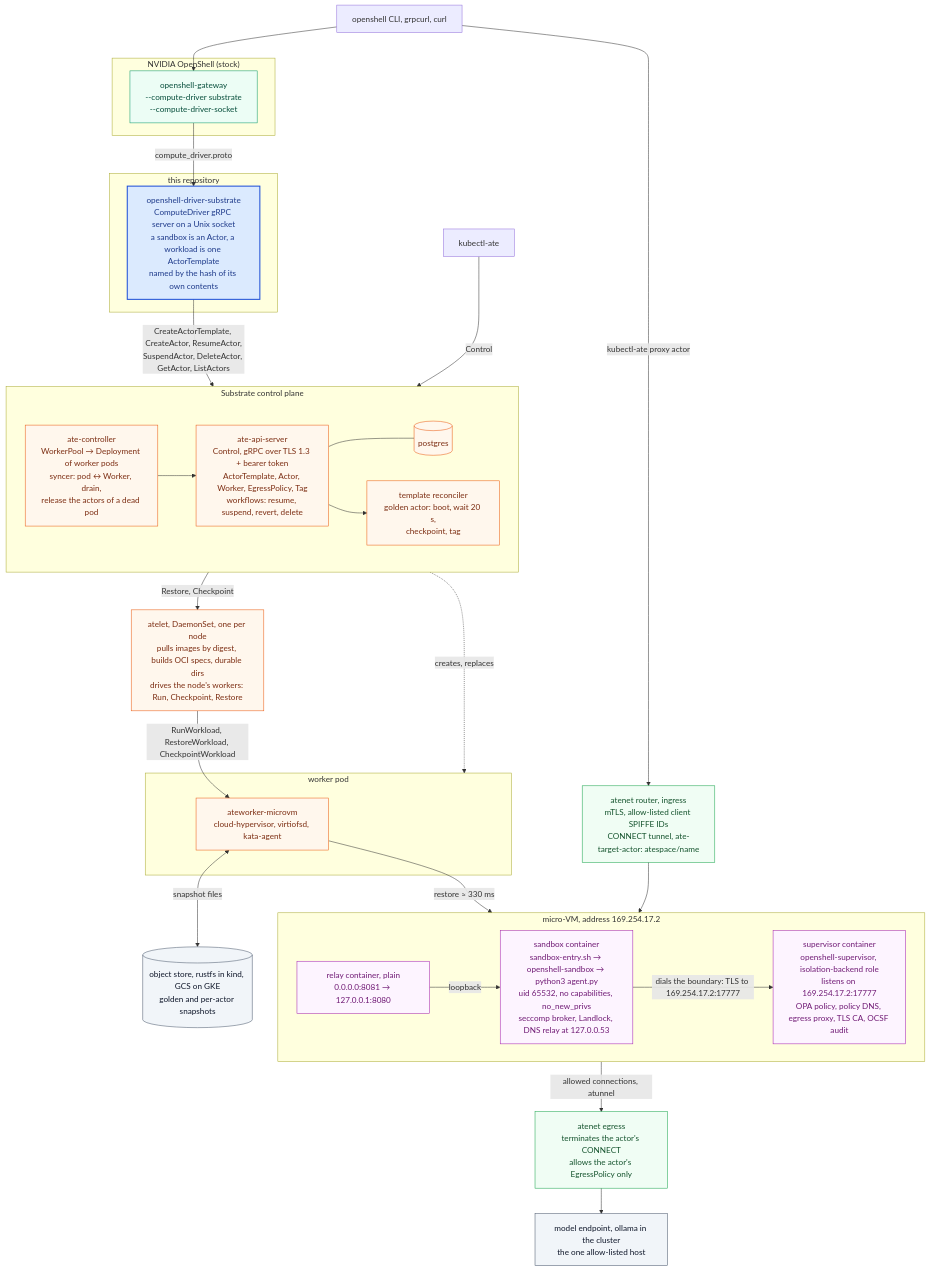
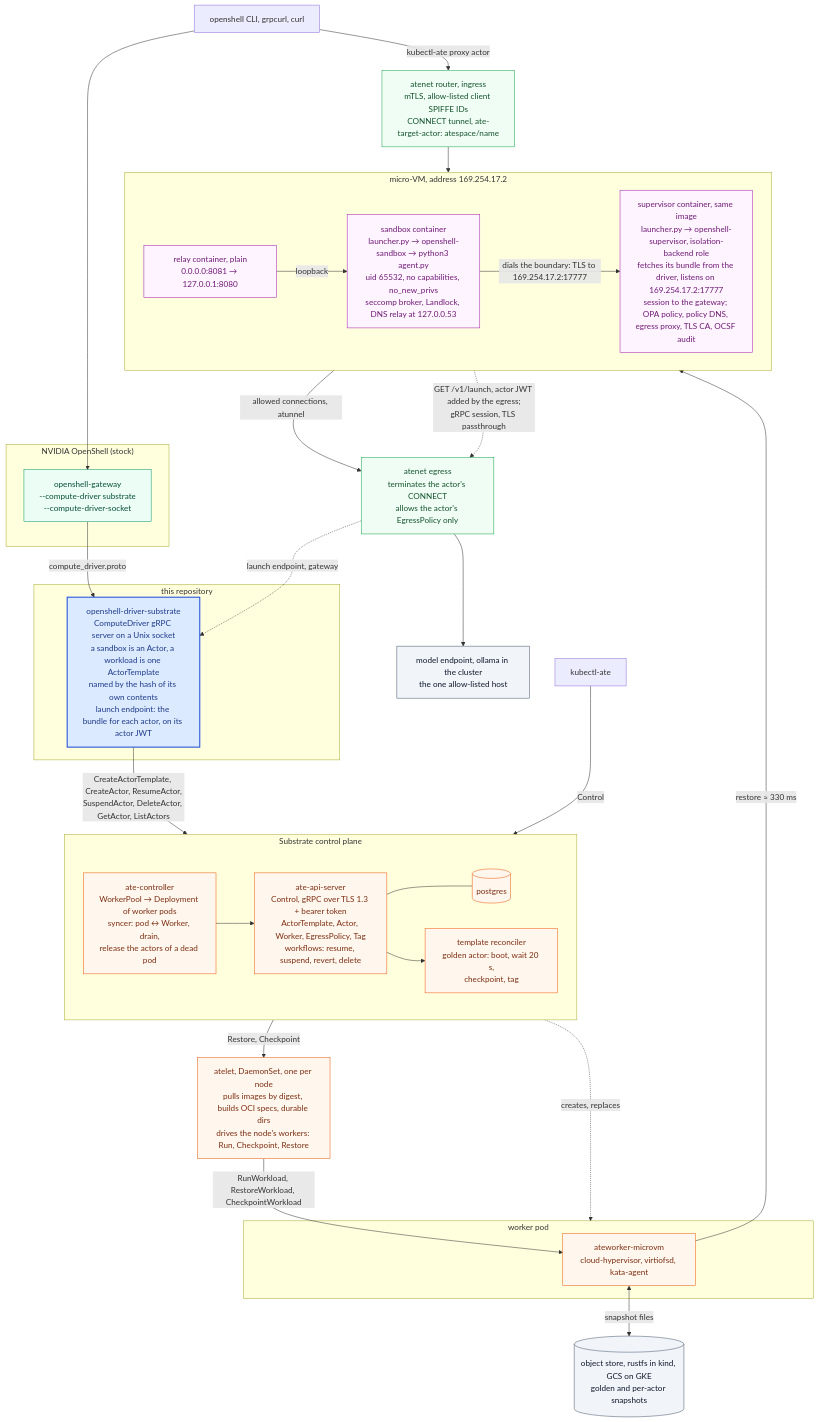
Before and after one commit to dims/openshell-driver-substrate: the first of 8 diagrams in docs/architecture.md, drawn with Mermaid. The commit also changed other lines of this file and 2 other files, not shown here.

Commit message:
docs: the gateway path

````diff
--- a/docs/architecture.md
+++ b/docs/architecture.md
@@ -22,73 +25,75 @@
 ```mermaid
 flowchart TB
   classDef stock fill:#ecfdf5,stroke:#059669,color:#064e3b
   classDef ours fill:#dbeafe,stroke:#1d4ed8,color:#1e3a8a,stroke-width:2px
   classDef sub fill:#fff7ed,stroke:#ea580c,color:#7c2d12
   classDef guest fill:#fdf4ff,stroke:#a21caf,color:#701a75
   classDef store fill:#f1f5f9,stroke:#475569,color:#0f172a
   classDef edge fill:#f0fdf4,stroke:#16a34a,color:#14532d
 
   cli["openshell CLI, grpcurl, curl"]
   kate["kubectl-ate"]
 
   subgraph openshell["NVIDIA OpenShell (stock)"]
     gw["openshell-gateway<br/>--compute-driver substrate<br/>--compute-driver-socket"]
   end
 
   subgraph repo["this repository"]
-    driver["openshell-driver-substrate<br/>ComputeDriver gRPC server on a Unix socket<br/>a sandbox is an Actor, a workload is one ActorTemplate<br/>named by the hash of its own contents"]
+    driver["openshell-driver-substrate<br/>ComputeDriver gRPC server on a Unix socket<br/>a sandbox is an Actor, a workload is one ActorTemplate<br/>named by the hash of its own contents<br/>launch endpoint: the bundle for each actor, on its actor JWT"]
   end
 
   subgraph substrate["Substrate control plane"]
     direction LR
     ctl["ate-controller<br/>WorkerPool → Deployment of worker pods<br/>syncer: pod ↔ Worker, drain,<br/>release the actors of a dead pod"]
     api["ate-api-server<br/>Control, gRPC over TLS 1.3 + bearer token<br/>ActorTemplate, Actor, Worker, EgressPolicy, Tag<br/>workflows: resume, suspend, revert, delete"]
     pg[("postgres")]
     recon["template reconciler<br/>golden actor: boot, wait 20 s,<br/>checkpoint, tag"]
     ctl --> api
     api --- pg
     api --> recon
   end
 
   router["atenet router, ingress<br/>mTLS, allow-listed client SPIFFE IDs<br/>CONNECT tunnel, ate-target-actor: atespace/name"]
 
   atelet["atelet, DaemonSet, one per node<br/>pulls images by digest, builds OCI specs, durable dirs<br/>drives the node's workers: Run, Checkpoint, Restore"]
 
   subgraph pod["worker pod"]
     ateom["ateworker-microvm<br/>cloud-hypervisor, virtiofsd, kata-agent"]
   end
 
   subgraph vm["micro-VM, address 169.254.17.2"]
     direction LR
     relay["relay container, plain<br/>0.0.0.0:8081 → 127.0.0.1:8080"]
-    sbx["sandbox container<br/>sandbox-entry.sh → openshell-sandbox → python3 agent.py<br/>uid 65532, no capabilities, no_new_privs<br/>seccomp broker, Landlock, DNS relay at 127.0.0.53"]
-    sup["supervisor container<br/>openshell-supervisor, isolation-backend role<br/>listens on 169.254.17.2:17777<br/>OPA policy, policy DNS, egress proxy, TLS CA, OCSF audit"]
+    sbx["sandbox container<br/>launcher.py → openshell-sandbox → python3 agent.py<br/>uid 65532, no capabilities, no_new_privs<br/>seccomp broker, Landlock, DNS relay at 127.0.0.53"]
+    sup["supervisor container, same image<br/>launcher.py → openshell-supervisor, isolation-backend role<br/>fetches its bundle from the driver, listens on 169.254.17.2:17777<br/>session to the gateway; OPA policy, policy DNS, egress proxy, TLS CA, OCSF audit"]
     relay -- "loopback" --> sbx
     sbx -- "dials the boundary: TLS to 169.254.17.2:17777" --> sup
   end
 
   store[("object store, rustfs in kind, GCS on GKE<br/>golden and per-actor snapshots")]
   egress["atenet egress<br/>terminates the actor's CONNECT<br/>allows the actor's EgressPolicy only"]
   model["model endpoint, ollama in the cluster<br/>the one allow-listed host"]
 
   cli --> gw
   gw -- "compute_driver.proto" --> driver
   driver -- "CreateActorTemplate, CreateActor, ResumeActor,<br/>SuspendActor, DeleteActor, GetActor, ListActors" --> api
   kate -- "Control" --> api
   api -- "Restore, Checkpoint" --> atelet
   ctl -. "creates, replaces" .-> pod
   atelet -- "RunWorkload, RestoreWorkload, CheckpointWorkload" --> ateom
   ateom -- "restore ≈ 330 ms" --> sbx
   ateom <-- "snapshot files" --> store
   cli -- "kubectl-ate proxy actor" --> router
   router --> relay
   sup -- "allowed connections, atunnel" --> egress
   egress --> model
+  sup -. "GET /v1/launch, actor JWT added by the egress;<br/>gRPC session, TLS passthrough" .-> egress
+  egress -. "launch endpoint, gateway" .-> driver
 
   class gw stock
   class driver ours
   class api,pg,recon,ctl,atelet,ateom sub
   class router,egress edge
   class sbx,sup,relay guest
   class store,model store
 ```
````
